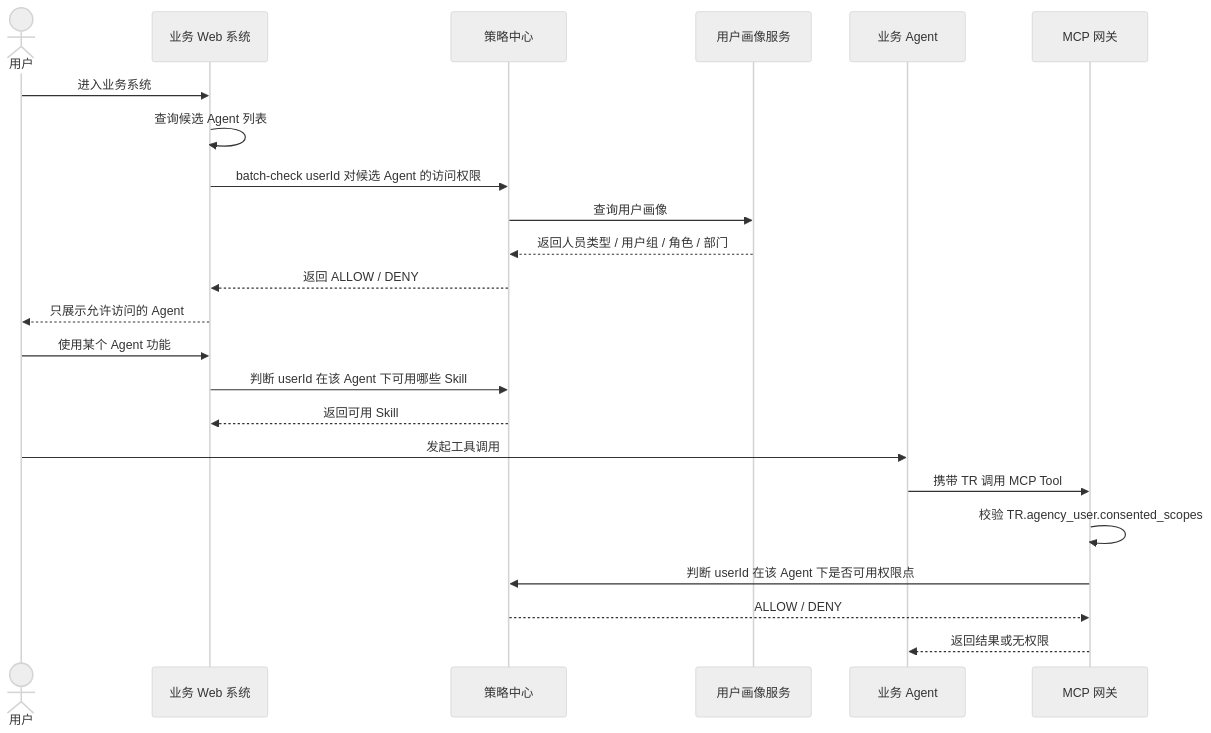
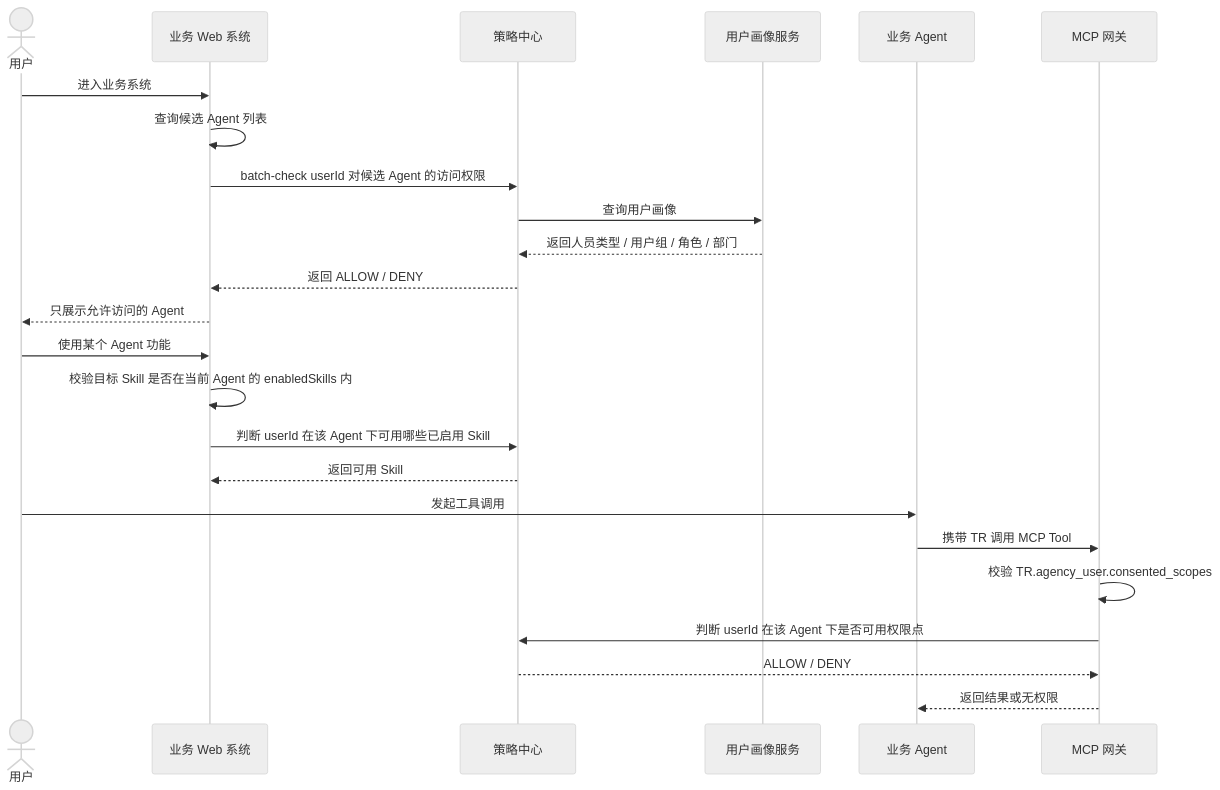
One commit to xuning117634-ux/auth-design-spec changed the sixth of 6 diagrams in docs/final_design/07_通用权限模型与管理员旅程.md. Above: the diagram before and after it, drawn with Mermaid (neutral theme). The commit also changed other lines of this file and 1 other file, not shown here.

Commit message:
bug fix : IAM 里“业务 Agent AI 账号名”的拼接口径收口成 Agent_ + agentId

````diff
--- a/docs/final_design/07_通用权限模型与管理员旅程.md
+++ b/docs/final_design/07_通用权限模型与管理员旅程.md
@@ -696,28 +696,29 @@
 ```mermaid
 sequenceDiagram
     actor User as 用户
     participant Web as 业务 Web 系统
     participant Policy as 策略中心
     participant Profile as 用户画像服务
     participant Agent as 业务 Agent
     participant MCP as MCP 网关
 
     User->>Web: 进入业务系统
     Web->>Web: 查询候选 Agent 列表
     Web->>Policy: batch-check userId 对候选 Agent 的访问权限
     Policy->>Profile: 查询用户画像
     Profile-->>Policy: 返回人员类型 / 用户组 / 角色 / 部门
     Policy-->>Web: 返回 ALLOW / DENY
     Web-->>User: 只展示允许访问的 Agent
 
     User->>Web: 使用某个 Agent 功能
-    Web->>Policy: 判断 userId 在该 Agent 下可用哪些 Skill
+    Web->>Web: 校验目标 Skill 是否在当前 Agent 的 enabledSkills 内
+    Web->>Policy: 判断 userId 在该 Agent 下可用哪些已启用 Skill
     Policy-->>Web: 返回可用 Skill
 
     User->>Agent: 发起工具调用
     Agent->>MCP: 携带 TR 调用 MCP Tool
     MCP->>MCP: 校验 TR.agency_user.consented_scopes
     MCP->>Policy: 判断 userId 在该 Agent 下是否可用权限点
     Policy-->>MCP: ALLOW / DENY
     MCP-->>Agent: 返回结果或无权限
 ```
````
